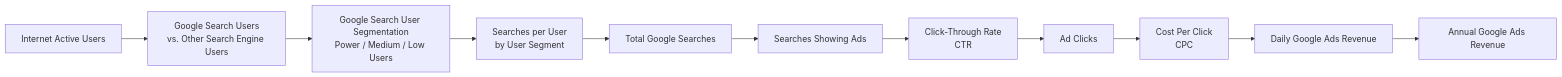
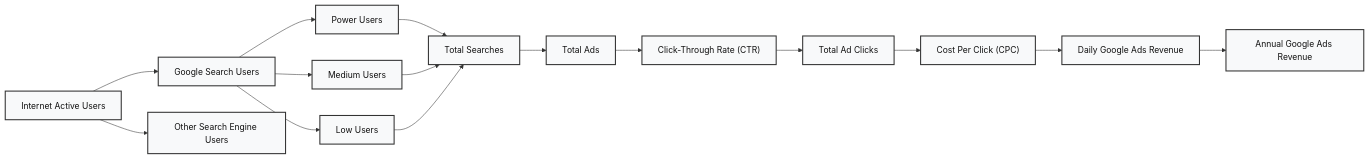
Before and after one commit to ShreyanshiJaiswal/Guesstimate_Journey: the diagram in Guesstimate_Que_2/readme.md, drawn with Mermaid.

````diff
--- a/Guesstimate_Que_2/readme.md
+++ b/Guesstimate_Que_2/readme.md
@@ -21,14 +21,27 @@
 ```mermaid
 flowchart LR
-    A[Internet Active Users]
-    --> B[Google Search Users<br/>vs. Other Search Engine Users]
-    --> C[Google Search User Segmentation<br/>Power / Medium / Low Users]
-    --> D[Searches per User<br/>by User Segment]
-    --> E[Total Google Searches]
-    --> F[Searches Showing Ads]
-    --> G[Click-Through Rate<br/>CTR]
-    --> H[Ad Clicks]
-    --> I[Cost Per Click<br/>CPC]
-    --> J[Daily Google Ads Revenue]
-    --> K[Annual Google Ads Revenue]
+
+    A["Internet Active Users"]
+
+    A --> B["Google Search Users"]
+    A --> C["Other Search Engine Users"]
+
+    B --> D["Power Users"]
+    B --> E["Medium Users"]
+    B --> F["Low Users"]
+
+    D --> G["Total Searches"]
+    E --> G
+    F --> G
+
+    G --> H["Total Ads"]
+    H --> I["Click-Through Rate (CTR)"]
+    I --> J["Total Ad Clicks"]
+    J --> K["Cost Per Click (CPC)"]
+    K --> L["Daily Google Ads Revenue"]
+    L --> M["Annual Google Ads Revenue"]
+
+    classDef block fill:#f8f9fa,stroke:#333,stroke-width:2px,color:#111,font-size:16px;
+
+    class A,B,C,D,E,F,G,H,I,J,K,L,M block;
 ```
````
